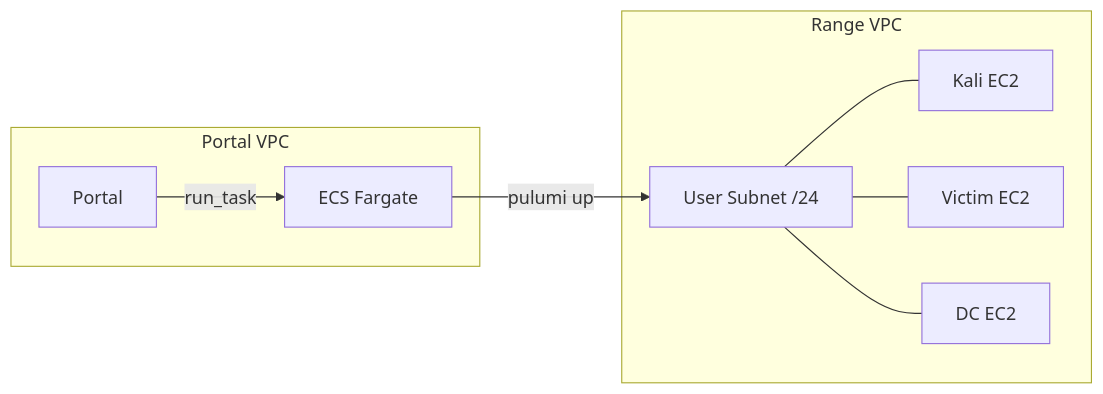
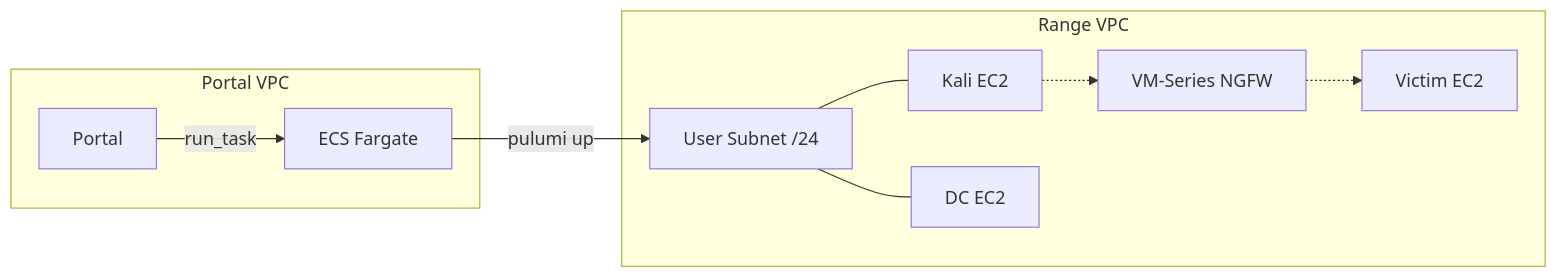
The diagram in portal/documentation/docs/execution/index.md (PaloAltoNetworks/shifter), drawn with Mermaid before and after one commit. The commit also changed other lines of this file and 3 other files, not shown here.

````diff
--- a/portal/documentation/docs/execution/index.md
+++ b/portal/documentation/docs/execution/index.md
@@ -15,20 +15,22 @@
 ```mermaid
 flowchart LR
     subgraph PORTAL_VPC["Portal VPC"]
         PORTAL[Portal]
         ECS[ECS Fargate]
     end
 
     subgraph RANGE_VPC["Range VPC"]
         SUBNET[User Subnet /24]
         KALI[Kali EC2]
+        NGFW[VM-Series NGFW]
         VICTIM[Victim EC2]
         DC[DC EC2]
         SUBNET --- KALI
-        SUBNET --- VICTIM
+        KALI -.-> NGFW
+        NGFW -.-> VICTIM
         SUBNET --- DC
     end
 
     PORTAL -->|run_task| ECS
     ECS -->|pulumi up| SUBNET
 ```
````
